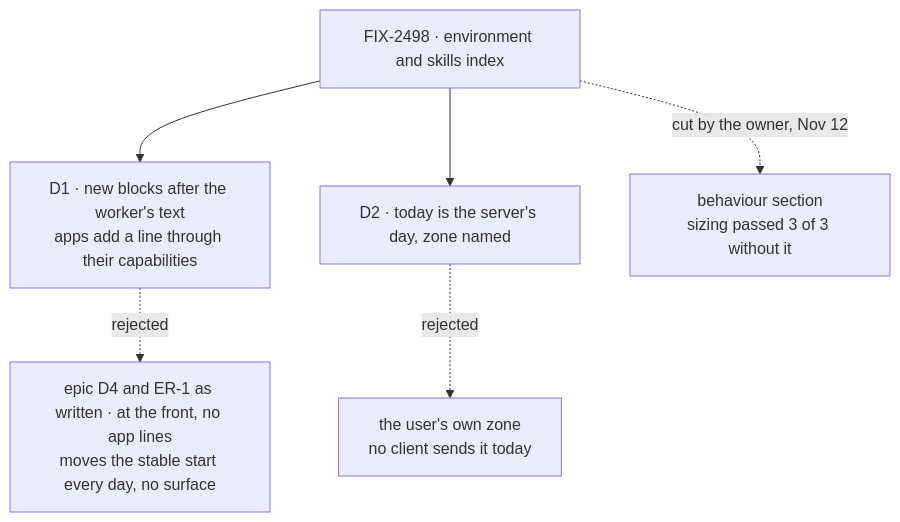
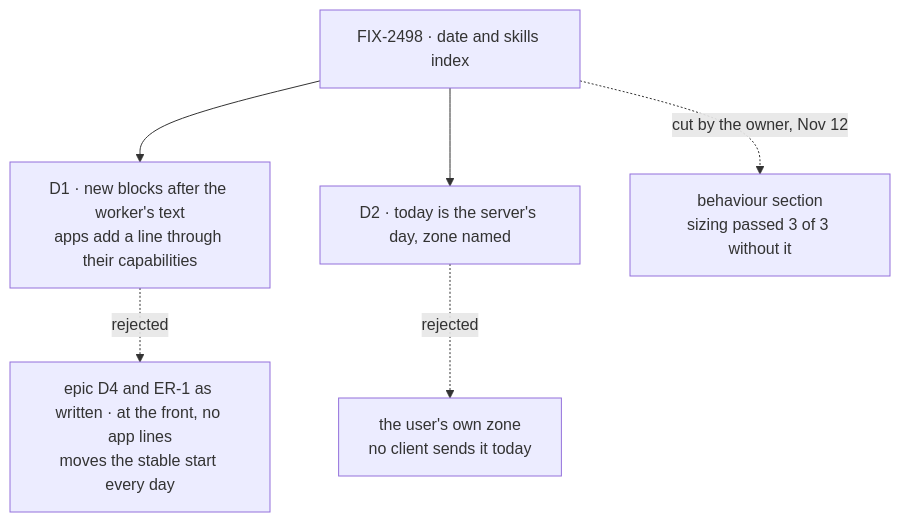
Before and after one commit to fixpoint-labs/flow-state-dev: the diagram in specs/issues/FIX-2498/DECISIONS.md, drawn with Mermaid. The commit also changed other lines of this file and 3 other files, not shown here.

First line of the commit message:
FIX-2498: rename the environment block to date, date fields only

````diff
--- a/specs/issues/FIX-2498/DECISIONS.md
+++ b/specs/issues/FIX-2498/DECISIONS.md
@@ -11,8 +11,8 @@
 ```mermaid
 flowchart TD
-  I["FIX-2498 · environment and skills index"] --> D1["D1 · new blocks after the worker's text<br/>apps add a line through their capabilities"]
-  D1 -.->|"rejected"| X1["epic D4 and ER-1 as written · at the front, no app lines<br/>moves the stable start every day, no surface"]
+  I["FIX-2498 · date and skills index"] --> D1["D1 · new blocks after the worker's text<br/>apps add a line through their capabilities"]
+  D1 -.->|"rejected"| X1["epic D4 and ER-1 as written · at the front, no app lines<br/>moves the stable start every day"]
   I --> D2["D2 · today is the server's day, zone named"]
   D2 -.->|"rejected"| X2["the user's own zone<br/>no client sends it today"]
   I -.->|"cut by the owner, Nov 12"| X3["behaviour section<br/>sizing passed 3 of 3 without it"]
 ```
````
